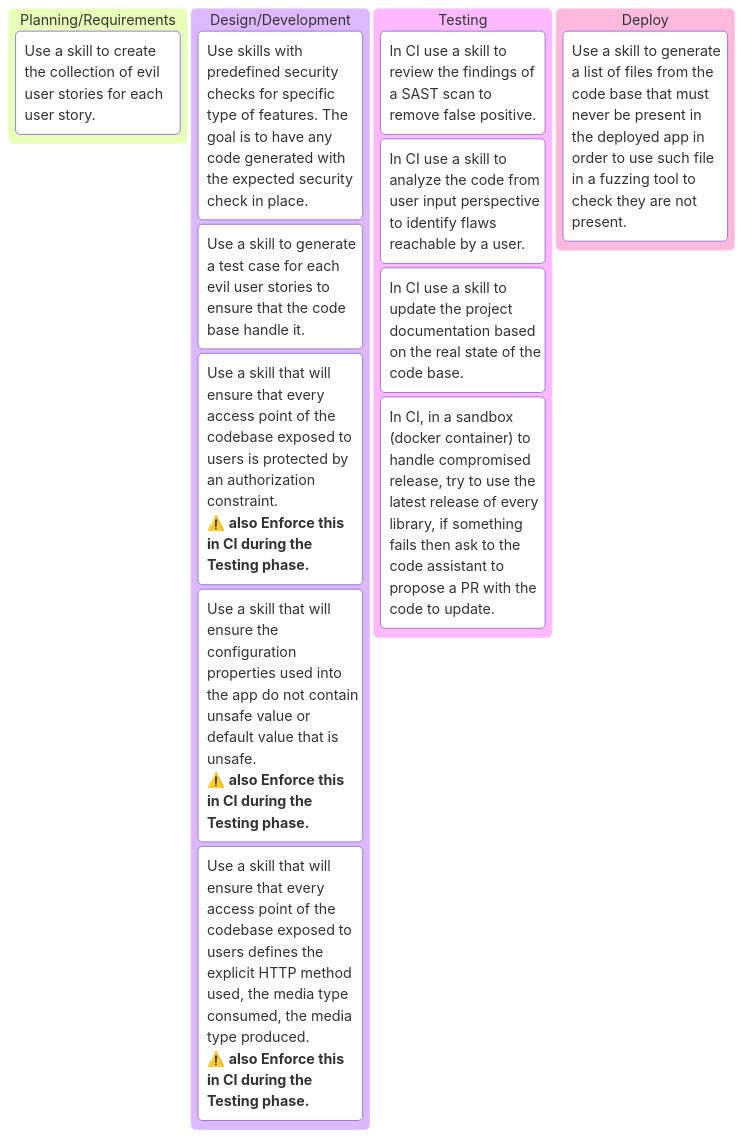
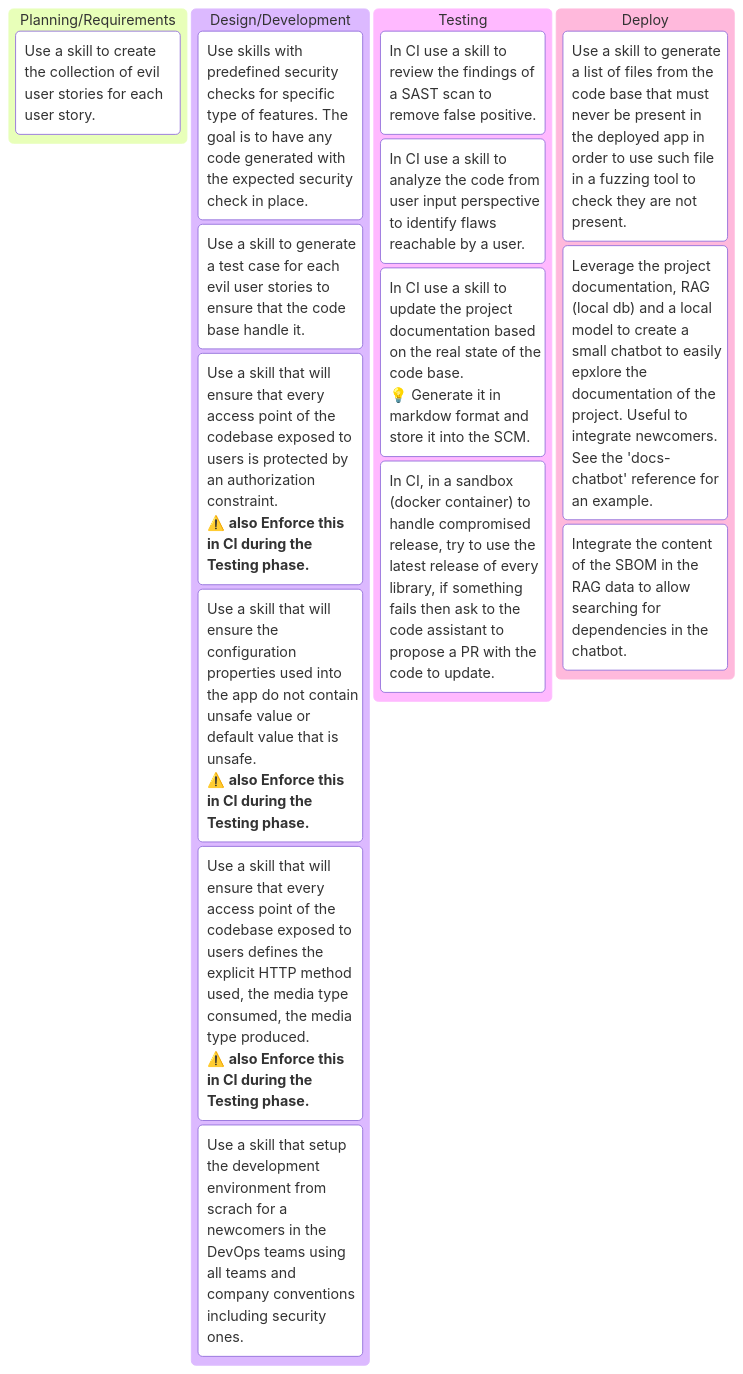
Before and after one commit to righettod/poc-llm: the diagram in poc07/README.md, drawn with Mermaid. The commit also changed other lines of this file, not shown here.

Commit message:
init poc7

````diff
--- a/poc07/README.md
+++ b/poc07/README.md
@@ -16,18 +16,21 @@
 ```mermaid
 kanban
     step00[Planning/Requirements]
         step00-task00["Use a skill to create the collection of evil user stories for each user story."]
     step01[Design/Development]
         step01-task00["Use skills with predefined security checks for specific type of features. The goal is to have any code generated with the expected security check in place."]
         step01-task01["Use a skill to generate a test case for each evil user stories to ensure that the code base handle it."]
         step01-task02["Use a skill that will ensure that every access point of the codebase exposed to users is protected by an authorization constraint.<br/>⚠️ **also Enforce this in CI during the Testing phase.**"] 
         step01-task03["Use a skill that will ensure the configuration properties used into the app do not contain unsafe value or default value that is unsafe.<br/>⚠️ **also Enforce this in CI during the Testing phase.**"]       
-        step01-task02["Use a skill that will ensure that every access point of the codebase exposed to users defines the explicit HTTP method used, the media type consumed, the media type produced.<br/>⚠️ **also Enforce this in CI during the Testing phase.**"]                  
+        step01-task04["Use a skill that will ensure that every access point of the codebase exposed to users defines the explicit HTTP method used, the media type consumed, the media type produced.<br/>⚠️ **also Enforce this in CI during the Testing phase.**"]                  
+        step01-task05["Use a skill that setup the development environment from scrach for a newcomers in the DevOps teams using all teams and company conventions including security ones."]                          
     step02[Testing]    
         step02-task00["In CI use a skill to review the findings of a SAST scan to remove false positive."]
         step02-task01["In CI use a skill to analyze the code from user input perspective to identify flaws reachable by a user."]
-        step02-task02["In CI use a skill to update the project documentation based on the real state of the code base."]     
+        step02-task02["In CI use a skill to update the project documentation based on the real state of the code base.<br/>💡 Generate it in markdow format and store it into the SCM."]     
         step02-task03["In CI, in a sandbox (docker container) to handle compromised release, try to use the latest release of every library, if something fails then ask to the code assistant to propose a PR with the code to update."]     
     step03[Deploy]              
         step03-task00["Use a skill to generate a list of files from the code base that must never be present in the deployed app in order to use such file in a fuzzing tool to check they are not present."]
+        step03-task01["Leverage the project documentation, RAG (local db) and a local model to create a small chatbot to easily epxlore the documentation of the project. Useful to integrate newcomers. See the 'docs-chatbot' reference for an example."]        
+        step03-task01["Integrate the content of the SBOM in the RAG data to allow searching for dependencies in the chatbot."]                
 ```
````
